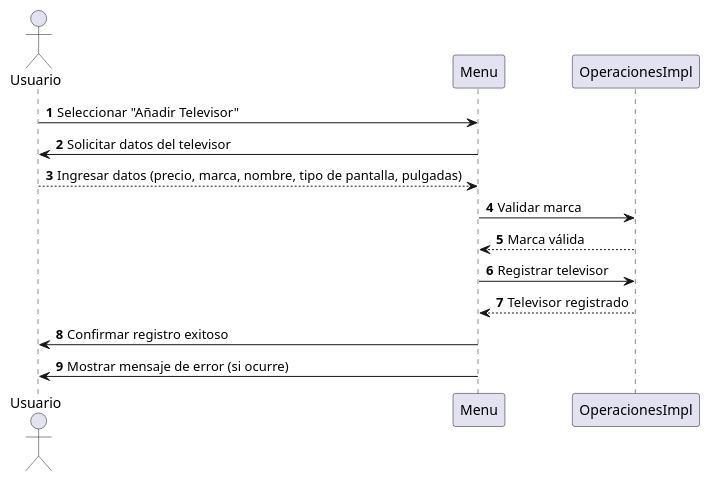
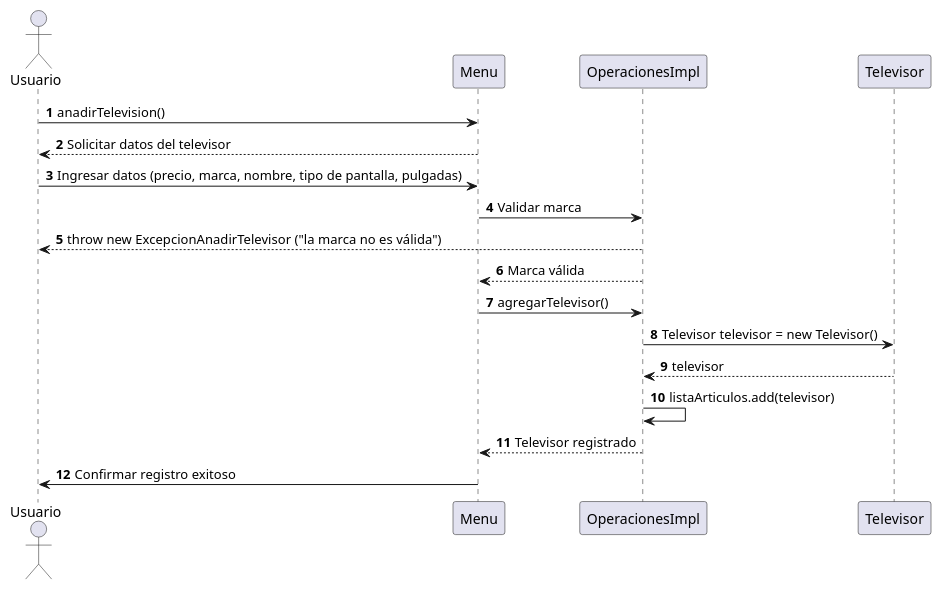
The diagram in src/umlDiagram/DiagramaSecuenciaAnadirTelevisor.puml (Gabriel28112005/GabrielPenaPractica2DOO), drawn with PlantUML before and after one commit. The commit also changed 2 other files, not shown here.

```diff
--- a/src/umlDiagram/DiagramaSecuenciaAnadirTelevisor.puml
+++ b/src/umlDiagram/DiagramaSecuenciaAnadirTelevisor.puml
@@ -1,21 +1,26 @@
 @startuml
 autonumber
 
 actor Usuario as user
 participant "Menu" as menu
-participant "OperacionesImpl" as operaciones
+participant "OperacionesImpl" as operacionesImpl
+participant "Televisor" as televisor
 
-user -> menu: Seleccionar "Añadir Televisor"
-menu -> user: Solicitar datos del televisor
-user --> menu: Ingresar datos (precio, marca, nombre, tipo de pantalla, pulgadas)
+user -> menu: anadirTelevision()
+user <-- menu: Solicitar datos del televisor
+user -> menu: Ingresar datos (precio, marca, nombre, tipo de pantalla, pulgadas)
 
-menu -> operaciones: Validar marca
-operaciones --> menu: Marca válida
+menu -> operacionesImpl: Validar marca
+user <-- operacionesImpl: throw new ExcepcionAnadirTelevisor ("la marca no es válida")
+operacionesImpl --> menu: Marca válida
+menu -> operacionesImpl: agregarTelevisor()
 
-menu -> operaciones: Registrar televisor
-operaciones --> menu: Televisor registrado
+operacionesImpl -> televisor: Televisor televisor = new Televisor()
+operacionesImpl <-- televisor: televisor
+
+operacionesImpl -> operacionesImpl: listaArticulos.add(televisor)
+operacionesImpl --> menu: Televisor registrado
 
 menu -> user: Confirmar registro exitoso
-menu -> user: Mostrar mensaje de error (si ocurre)
 
 @enduml
```
